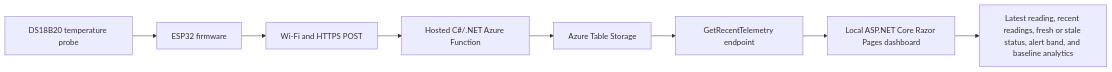
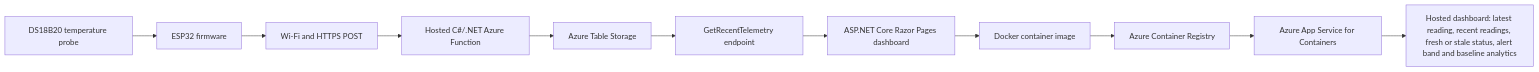
The diagram in README.md (sdaly-ie/hivewatch-cloud-iot), drawn with Mermaid before and after one commit. The commit also changed other lines of this file, not shown here.

Commit message:
Refresh README after Azure Dashboard Deployment milestone

````diff
--- a/README.md
+++ b/README.md
@@ -55,10 +62,13 @@
 ```mermaid
 flowchart LR
     A["DS18B20 temperature probe"] --> B["ESP32 firmware"]
     B --> C["Wi-Fi and HTTPS POST"]
     C --> D["Hosted C#/.NET Azure Function"]
     D --> E["Azure Table Storage"]
     E --> F["GetRecentTelemetry endpoint"]
-    F --> G["Local ASP.NET Core Razor Pages dashboard"]
-    G --> H["Latest reading, recent readings, fresh or stale status, alert band, and baseline analytics"]
+    F --> G["ASP.NET Core Razor Pages dashboard"]
+    G --> H["Docker container image"]
+    H --> I["Azure Container Registry"]
+    I --> J["Azure App Service for Containers"]
+    J --> K["Hosted dashboard: latest reading, recent readings, fresh or stale status, alert band and baseline analytics"]
 ```
````
